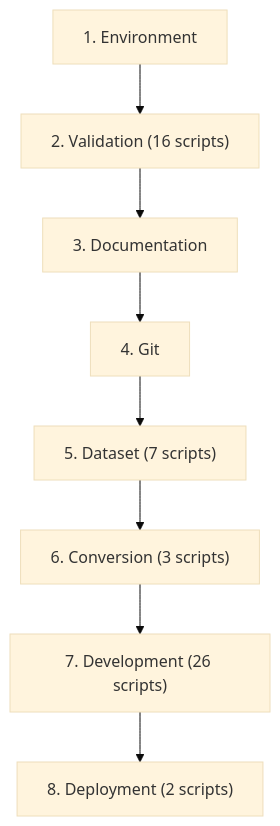
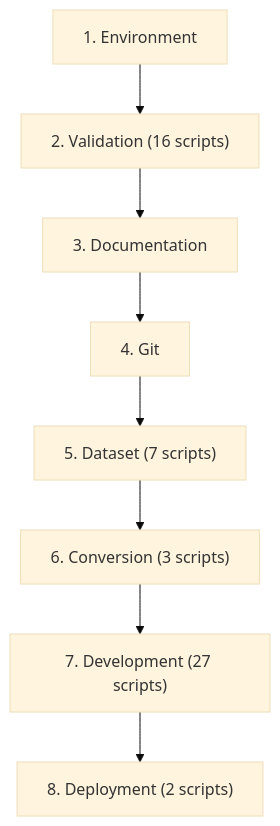
The second of 3 diagrams in scripts/README.md (chanuka8/argus-gait-recognition), drawn with Mermaid (base theme) before and after one commit. The commit also changed other lines of this file and 8 other files, not shown here.

````diff
--- a/scripts/README.md
+++ b/scripts/README.md
@@ -839,18 +847,18 @@
 ```mermaid
 flowchart TD
     step1["1. Environment"]
     step2["2. Validation (16 scripts)"]
     step1 --> step2
     step3["3. Documentation"]
     step2 --> step3
     step4["4. Git"]
     step3 --> step4
     step5["5. Dataset (7 scripts)"]
     step4 --> step5
     step6["6. Conversion (3 scripts)"]
     step5 --> step6
-    step7["7. Development (26 scripts)"]
+    step7["7. Development (27 scripts)"]
     step6 --> step7
     step8["8. Deployment (2 scripts)"]
     step7 --> step8
 ```
````
